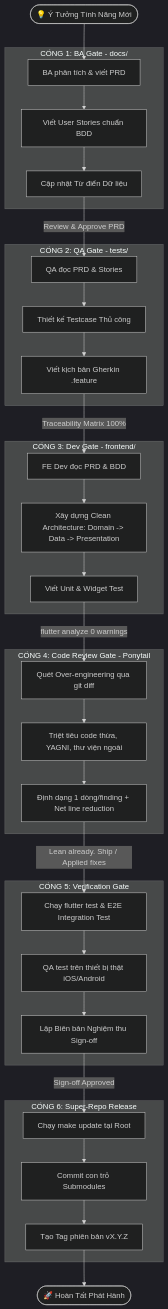
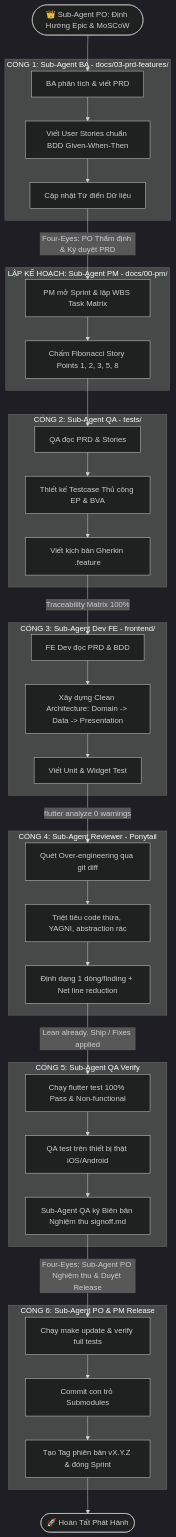
The diagram in docs/01-overview/feature-lifecycle-sop.md (TrangDuyNguyen/AstroBite), drawn with Mermaid (dark theme) before and after one commit. The commit also changed other lines of this file and 21 other files, not shown here.

````diff
--- a/docs/01-overview/feature-lifecycle-sop.md
+++ b/docs/01-overview/feature-lifecycle-sop.md
@@ -9,58 +9,66 @@
 ```mermaid
 flowchart TD
-    Idea([💡 Ý Tưởng Tính Năng Mới]) --> Gate1
+    PO_Strategy([👑 Sub-Agent PO: Định Hướng Epic & MoSCoW]) --> Gate1
     
-    subgraph Cổng 1: Phân Tích Nghiệp Vụ [CỔNG 1: BA Gate - docs/]
+    subgraph Cổng 1: Phân Tích Nghiệp Vụ [CỔNG 1: Sub-Agent BA - docs/03-prd-features/]
         Gate1[BA phân tích & viết PRD]
-        US[Viết User Stories chuẩn BDD]
+        US[Viết User Stories chuẩn BDD Given-When-Then]
         Data[Cập nhật Từ điển Dữ liệu]
         Gate1 --> US --> Data
     end
     
-    Data -->|Review & Approve PRD| Gate2
+    Data -->|Four-Eyes: PO Thẩm định & Ký duyệt PRD| PM_Sprint
     
-    subgraph Cổng 2: Thiết Kế Kiểm Thử [CỔNG 2: QA Gate - tests/]
+    subgraph Kế Hoạch Sprint & WBS [LẬP KẾ HOẠCH: Sub-Agent PM - docs/00-pm/]
+        PM_Sprint[PM mở Sprint & lập WBS Task Matrix]
+        Points[Chấm Fibonacci Story Points 1, 2, 3, 5, 8]
+        PM_Sprint --> Points
+    end
+    
+    Points --> Gate2
+    
+    subgraph Cổng 2: Thiết Kế Kiểm Thử [CỔNG 2: Sub-Agent QA - tests/]
         Gate2[QA đọc PRD & Stories]
-        TC[Thiết kế Testcase Thủ công]
+        TC[Thiết kế Testcase Thủ công EP & BVA]
         BDD[Viết kịch bản Gherkin .feature]
         Gate2 --> TC --> BDD
     end
     
     BDD -->|Traceability Matrix 100%| Gate3
     
-    subgraph Cổng 3: Phát Triển Mã Nguồn [CỔNG 3: Dev Gate - frontend/]
+    subgraph Cổng 3: Phát Triển Mã Nguồn [CỔNG 3: Sub-Agent Dev FE - frontend/]
         Gate3[FE Dev đọc PRD & BDD]
         CleanArch[Xây dựng Clean Architecture: Domain -> Data -> Presentation]
         UnitTest[Viết Unit & Widget Test]
         Gate3 --> CleanArch --> UnitTest
     end
     
     UnitTest -->|flutter analyze 0 warnings| Gate4
     
-    subgraph Cổng 4: Rà Soát Mã Nguồn Tối Giản [CỔNG 4: Code Review Gate - Ponytail]
+    subgraph Cổng 4: Rà Soát Mã Nguồn Tối Giản [CỔNG 4: Sub-Agent Reviewer - Ponytail]
         Gate4[Quét Over-engineering qua git diff]
-        Audit[Triệt tiêu code thừa, YAGNI, thư viện ngoài]
+        Audit[Triệt tiêu code thừa, YAGNI, abstraction rác]
         Format[Định dạng 1 dòng/finding + Net line reduction]
         Gate4 --> Audit --> Format
     end
     
-    Format -->|Lean already. Ship / Applied fixes| Gate5
+    Format -->|Lean already. Ship / Fixes applied| Gate5
     
-    subgraph Cổng 5: Kiểm Thử & Nghiệm Thu [CỔNG 5: Verification Gate]
-        Gate5[Chạy flutter test & E2E Integration Test]
+    subgraph Cổng 5: Kiểm Thử & Nghiệm Thu [CỔNG 5: Sub-Agent QA Verify]
+        Gate5[Chạy flutter test 100% Pass & Non-functional]
         ManualQA[QA test trên thiết bị thật iOS/Android]
-        SignOff[Lập Biên bản Nghiệm thu Sign-off]
+        SignOff[Sub-Agent QA ký Biên bản Nghiệm thu signoff.md]
         Gate5 --> ManualQA --> SignOff
     end
     
-    SignOff -->|Sign-off Approved| Gate6
+    SignOff -->|Four-Eyes: Sub-Agent PO Nghiệm thu & Duyệt Release| Gate6
     
-    subgraph Cổng 6: Đóng Gói & Phát Hành [CỔNG 6: Super-Repo Release]
-        Gate6[Chạy make update tại Root]
+    subgraph Cổng 6: Đóng Gói & Phát Hành [CỔNG 6: Sub-Agent PO & PM Release]
+        Gate6[Chạy make update & verify full tests]
         CommitPin[Commit con trỏ Submodules]
-        GitTag[Tạo Tag phiên bản vX.Y.Z]
+        GitTag[Tạo Tag phiên bản vX.Y.Z & đóng Sprint]
         Gate6 --> CommitPin --> GitTag
     end
     
     GitTag --> Release([🚀 Hoàn Tất Phát Hành])
 ```
````
